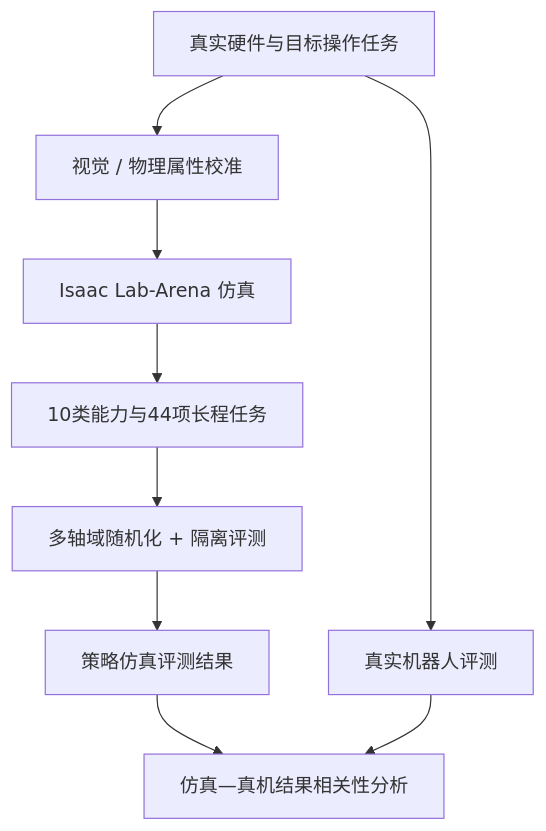
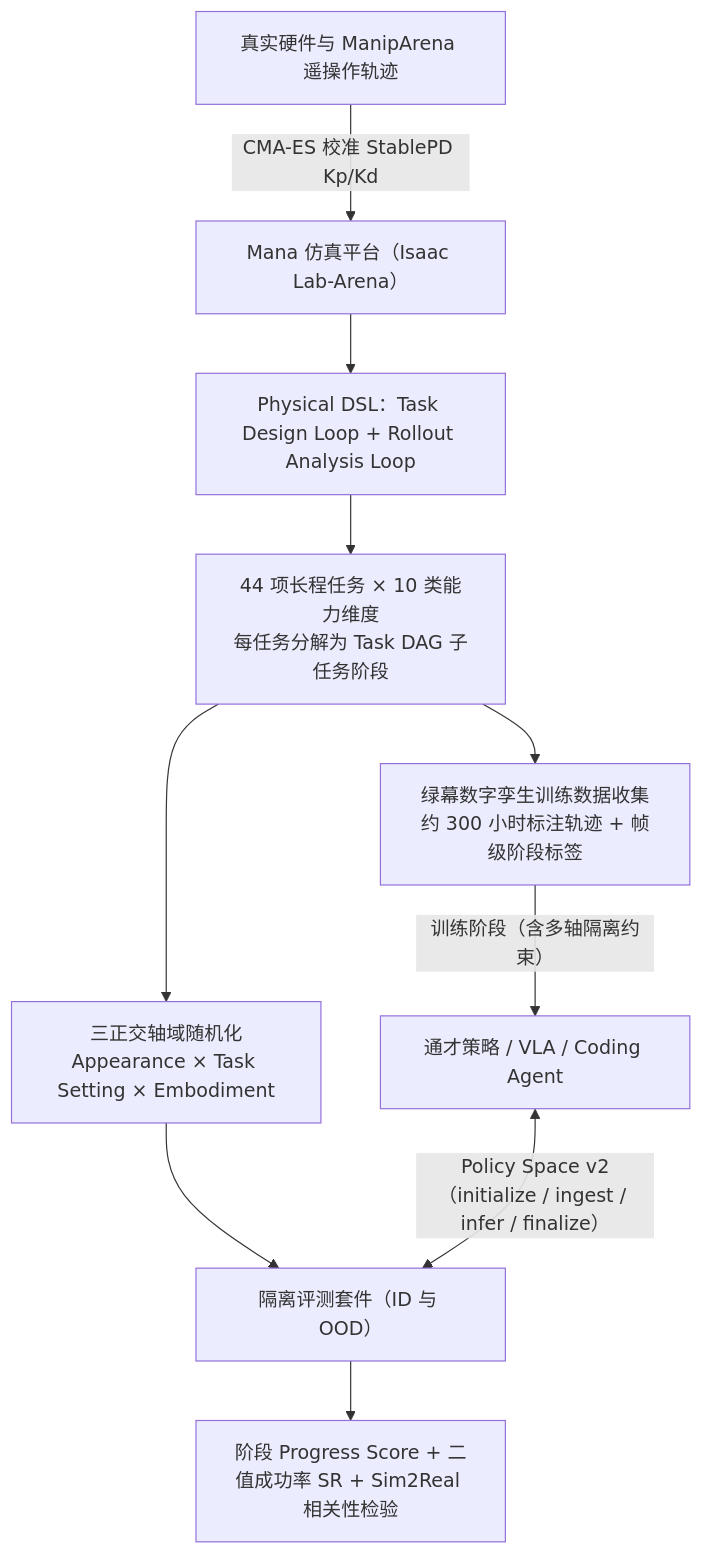
Before and after one commit to ImChong/Robotics_Notebooks: the first of 2 diagrams in wiki/entities/paper-x2real.md, drawn with Mermaid. The commit also changed other lines of this file and 450 other files, not shown here.

Commit message:
[2026-11-22] ingest | sources/ & wiki/ — 补齐 33 家公司路线 165/167 节点一手原文通读、骨架与 Mermaid 图表至 3/3

````diff
--- a/wiki/entities/paper-x2real.md
+++ b/wiki/entities/paper-x2real.md
@@ -64,11 +56,12 @@
 ```mermaid
 flowchart TB
-  A["真实硬件与目标操作任务"] --> B["视觉 / 物理属性校准"]
-  B --> C["Isaac Lab-Arena 仿真"]
-  C --> D["10类能力与44项长程任务"]
-  D --> E["多轴域随机化 + 隔离评测"]
-  E --> F["策略仿真评测结果"]
-  A --> G["真实机器人评测"]
-  F --> H["仿真—真机结果相关性分析"]
-  G --> H
+    A["真实硬件与 ManipArena 遥操作轨迹"] -->|"CMA-ES 校准 StablePD Kp/Kd"| B["Mana 仿真平台（Isaac Lab-Arena）"]
+    B --> C["Physical DSL：Task Design Loop + Rollout Analysis Loop"]
+    C --> D["44 项长程任务 × 10 类能力维度<br/>每任务分解为 Task DAG 子任务阶段"]
+    D --> E1["绿幕数字孪生训练数据收集<br/>约 300 小时标注轨迹 + 帧级阶段标签"]
+    D --> E2["三正交轴域随机化<br/>Appearance × Task Setting × Embodiment"]
+    E1 -->|"训练阶段（含多轴隔离约束）"| P["通才策略 / VLA / Coding Agent"]
+    E2 --> F["隔离评测套件（ID 与 OOD）"]
+    P <-->|"Policy Space v2（initialize / ingest / infer / finalize）"| F
+    F --> G["阶段 Progress Score + 二值成功率 SR + Sim2Real 相关性检验"]
 ```
````
